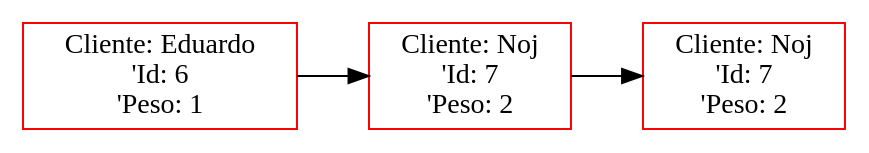
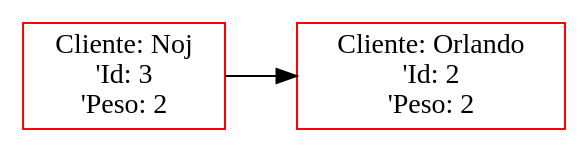
One commit to FranklinONP/EDD_PROYECTO_202200089 changed the diagram in Proyecto1/Proyecto1_202200089/Main/grande.dot. Above: the diagram before and after it, drawn with Graphviz. The commit also changed 15 other files, not shown here.

```diff
--- a/Proyecto1/Proyecto1_202200089/Main/grande.dot
+++ b/Proyecto1/Proyecto1_202200089/Main/grande.dot
@@ -1,8 +1,6 @@
  digraph G {
  rankdir=LR;
- node0 [label="Cliente: Eduardo\n'Id: 6\n'Peso: 1", color="red", shape="rectangle"];
- node1 [label="Cliente: Noj\n'Id: 7\n'Peso: 2", color="red", shape="rectangle"];
+ node0 [label="Cliente: Noj\n'Id: 3\n'Peso: 2", color="red", shape="rectangle"];
+ node1 [label="Cliente: Orlando\n'Id: 2\n'Peso: 2", color="red", shape="rectangle"];
  node0 -> node1 [dir="forward"];
- node2 [label="Cliente: Noj\n'Id: 7\n'Peso: 2", color="red", shape="rectangle"];
- node1 -> node2 [dir="forward"];
  }
```
